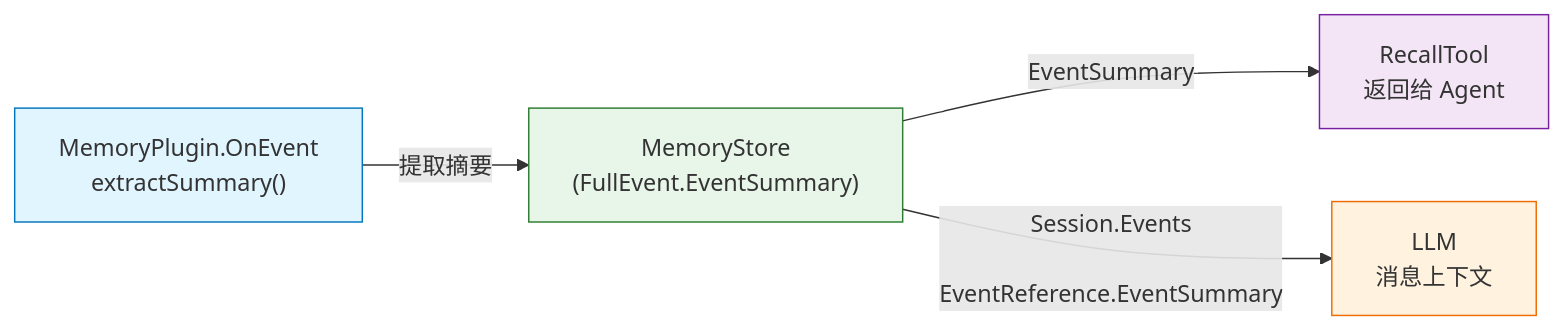
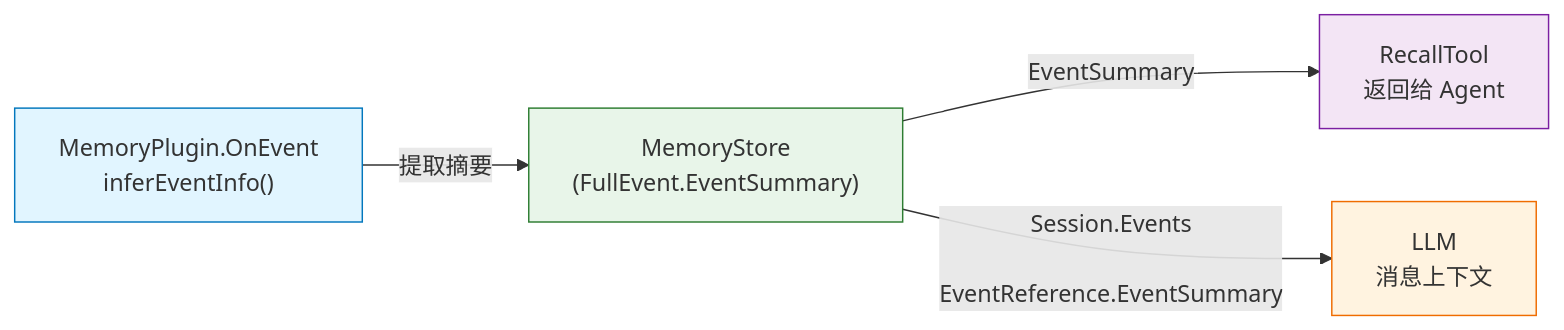
Before and after one commit to SpellingDragon/tagent: the second of 5 diagrams in docs/wiki/plugin/plugin-architecture.md, drawn with Mermaid. The commit also changed other lines of this file and 53 other files, not shown here.

````diff
--- a/docs/wiki/plugin/plugin-architecture.md
+++ b/docs/wiki/plugin/plugin-architecture.md
@@ -635,21 +521,21 @@
 ```mermaid
 graph LR
     Plugin["MemoryPlugin.OnEvent
-    extractSummary()"]
+    inferEventInfo()"]
     MS["MemoryStore
     (FullEvent.EventSummary)"]
     RT["RecallTool
     返回给 Agent"]
     LLM["LLM
     消息上下文"]
 
     Plugin -->|提取摘要| MS
     MS -->|EventSummary| RT
     MS -->|Session.Events
     EventReference.EventSummary| LLM
 
     style Plugin fill:#e1f5ff,stroke:#0277bd
     style MS fill:#e8f5e9,stroke:#2e7d32
     style RT fill:#f3e5f5,stroke:#7b1fa2
     style LLM fill:#fff3e0,stroke:#ef6c00
 ```
````
